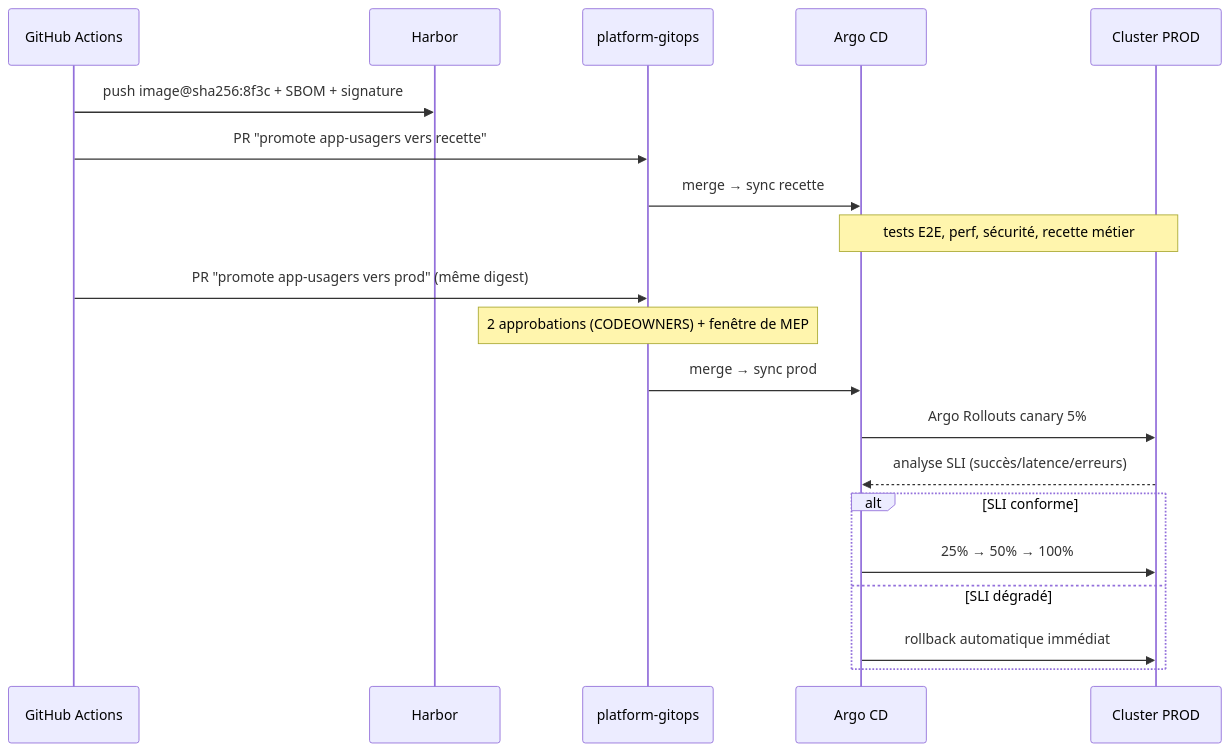
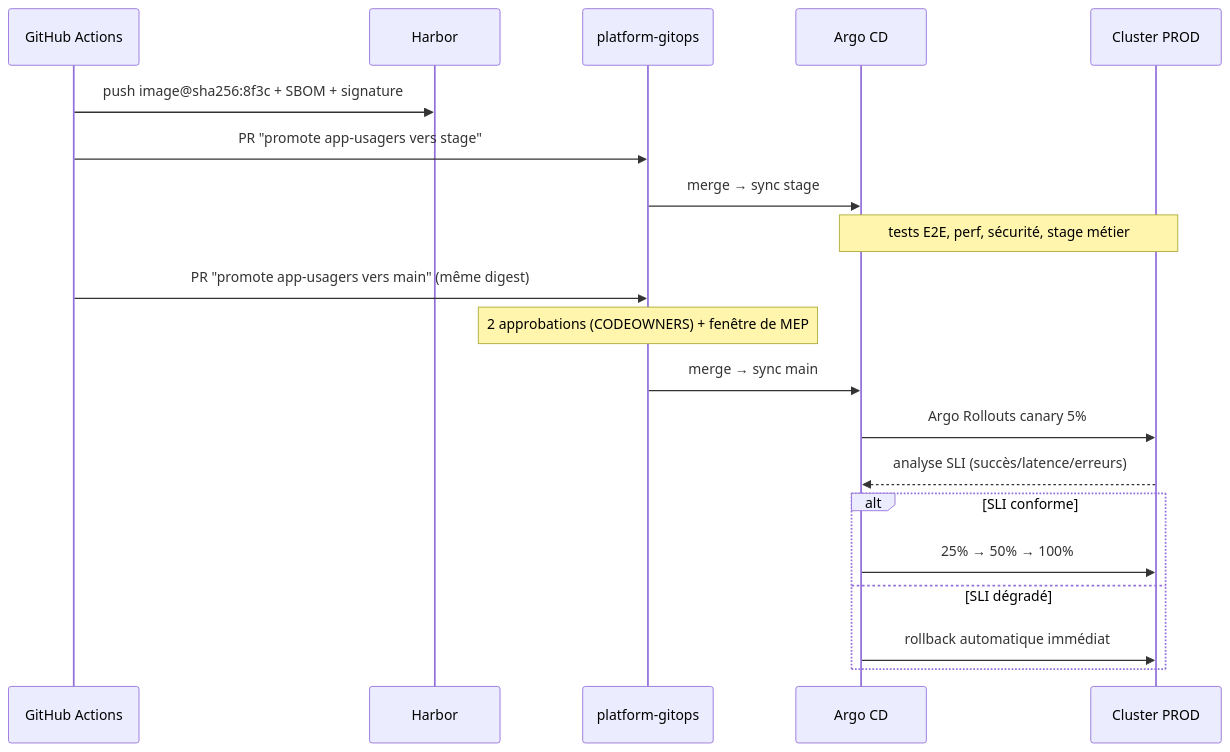
Before and after one commit to syfFerdinand/devops-plateforme-nationale: the second of 2 diagrams in docs/01-architecture-cible.md, drawn with Mermaid. The commit also changed other lines of this file and 34 other files, not shown here.

Commit message:
refactor: rewrite prod -> main

````diff
--- a/docs/01-architecture-cible.md
+++ b/docs/01-architecture-cible.md
@@ -119,22 +119,22 @@
 ```mermaid
 sequenceDiagram
     participant CI as GitHub Actions
     participant REG as Harbor
     participant GIT as platform-gitops
     participant ACD as Argo CD
     participant K8S as Cluster PROD
     CI->>REG: push image@sha256:8f3c + SBOM + signature
-    CI->>GIT: PR "promote app-usagers vers recette"
-    GIT->>ACD: merge → sync recette
-    Note over ACD,K8S: tests E2E, perf, sécurité, recette métier
-    CI->>GIT: PR "promote app-usagers vers prod" (même digest)
+    CI->>GIT: PR "promote app-usagers vers stage"
+    GIT->>ACD: merge → sync stage
+    Note over ACD,K8S: tests E2E, perf, sécurité, stage métier
+    CI->>GIT: PR "promote app-usagers vers main" (même digest)
     Note over GIT: 2 approbations (CODEOWNERS) + fenêtre de MEP
-    GIT->>ACD: merge → sync prod
+    GIT->>ACD: merge → sync main
     ACD->>K8S: Argo Rollouts canary 5%
     K8S-->>ACD: analyse SLI (succès/latence/erreurs)
     alt SLI conforme
         ACD->>K8S: 25% → 50% → 100%
     else SLI dégradé
         ACD->>K8S: rollback automatique immédiat
     end
 ```
````
